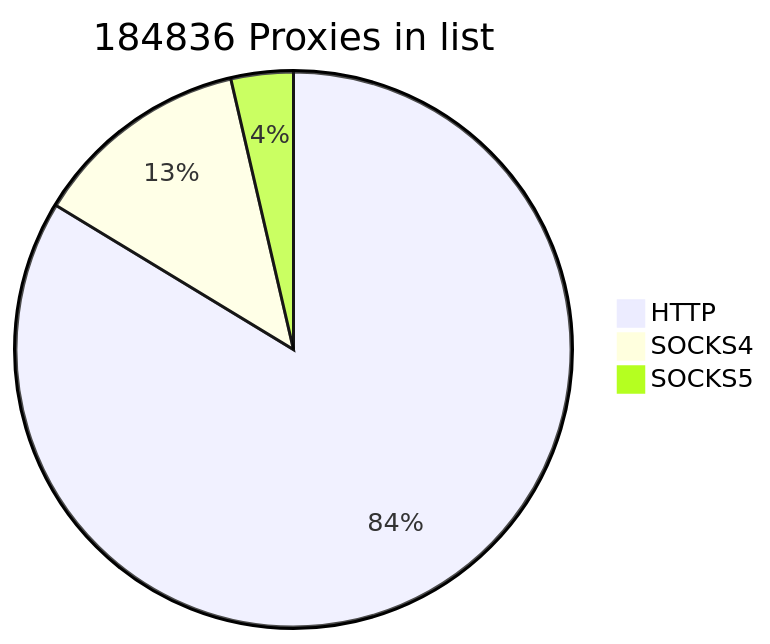
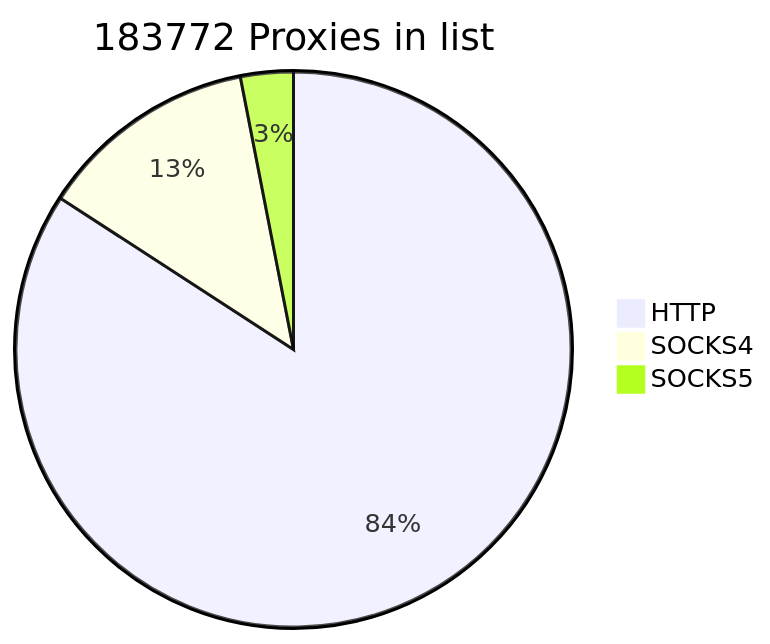
The first of 2 diagrams in README.md (cutipu/proxylist), drawn with Mermaid before and after one commit. The commit also changed other lines of this file, not shown here.

````diff
--- a/README.md
+++ b/README.md
@@ -2,7 +2,7 @@
 ```mermaid
-pie title 184836 Proxies in list
+pie title 183772 Proxies in list
     "HTTP" : 154672
     "SOCKS4" : 23466
-    "SOCKS5" : 6698
+    "SOCKS5" : 5634
             
 ```
````
